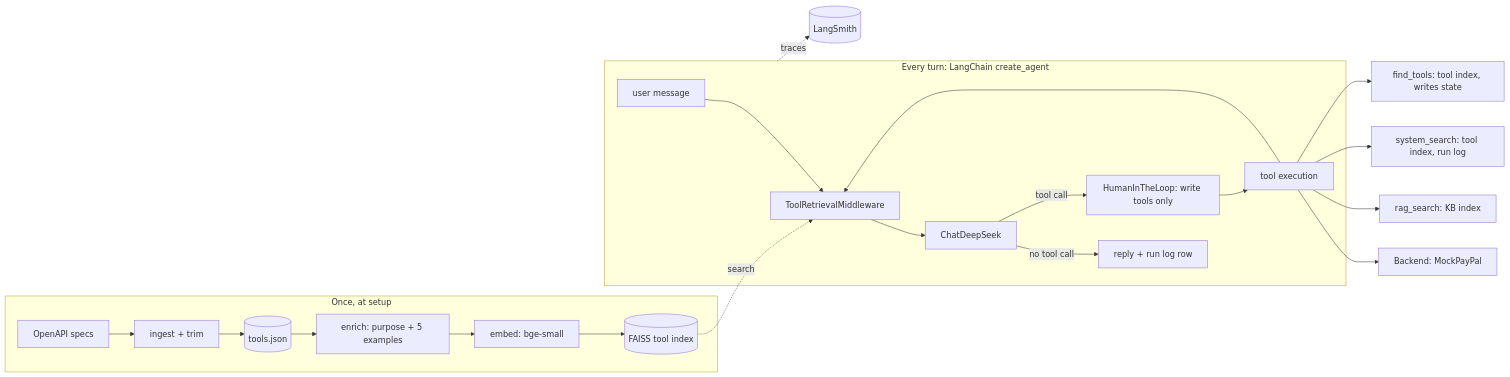
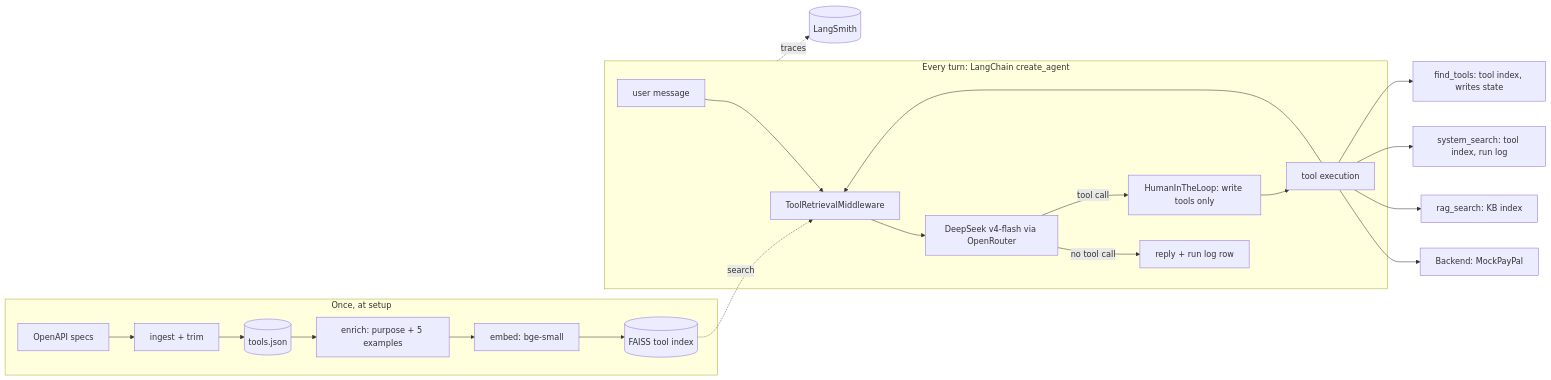
The diagram in architecture.md (ajay-drew/tool-retrieval-agent), drawn with Mermaid before and after one commit. The commit also changed other lines of this file and 39 other files, not shown here.

````diff
--- a/architecture.md
+++ b/architecture.md
@@ -7,21 +7,21 @@
 ```mermaid
 flowchart LR
   subgraph Setup["Once, at setup"]
     S[OpenAPI specs] --> I[ingest + trim] --> T[(tools.json)]
     T --> E[enrich: purpose + 5 examples] --> X[embed: bge-small] --> F[(FAISS tool index)]
   end
   subgraph Turn["Every turn: LangChain create_agent"]
     U[user message] --> M[ToolRetrievalMiddleware]
     F -.search.-> M
-    M --> L[ChatDeepSeek]
+    M --> L[DeepSeek v4-flash via OpenRouter]
     L -- no tool call --> R[reply + run log row]
     L -- tool call --> H[HumanInTheLoop: write tools only]
     H --> N[tool execution]
     N --> M
   end
   N --> B[Backend: MockPayPal]
   N --> K[rag_search: KB index]
   N --> Y[system_search: tool index, run log]
   N --> Q[find_tools: tool index, writes state]
   Turn -. traces .-> LS[(LangSmith)]
 ```
````
